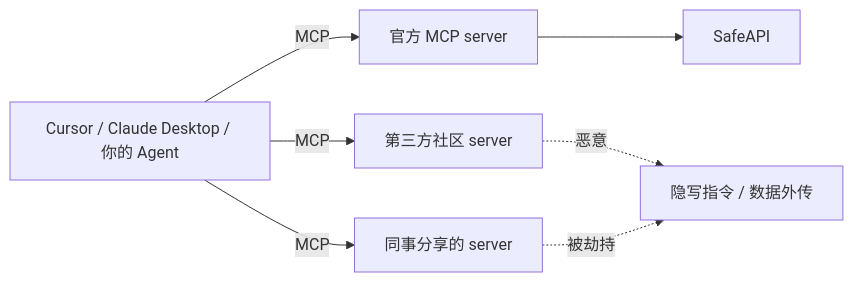
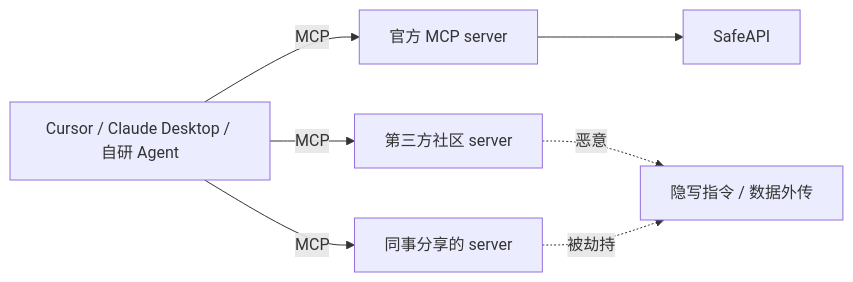
One commit to Mocha0724/LLM_Agents changed the diagram in 12_safety_and_engineering/notes/mcp_security.md. Above: the diagram before and after it, drawn with Mermaid. The commit also changed other lines of this file and 58 other files, not shown here.

````diff
--- a/12_safety_and_engineering/notes/mcp_security.md
+++ b/12_safety_and_engineering/notes/mcp_security.md
@@ -7,9 +7,9 @@
 ```mermaid
 flowchart LR
-    Client[Cursor / Claude Desktop / 你的 Agent] -->|MCP| ServerA[官方 MCP server]
+    Client[Cursor / Claude Desktop / 自研 Agent] -->|MCP| ServerA[官方 MCP server]
     Client -->|MCP| ServerB[第三方社区 server]
     Client -->|MCP| ServerC[同事分享的 server]
     ServerA --> SafeAPI
     ServerB -.恶意.-> Stealth[隐写指令 / 数据外传]
     ServerC -.被劫持.-> Stealth
 ```
````
